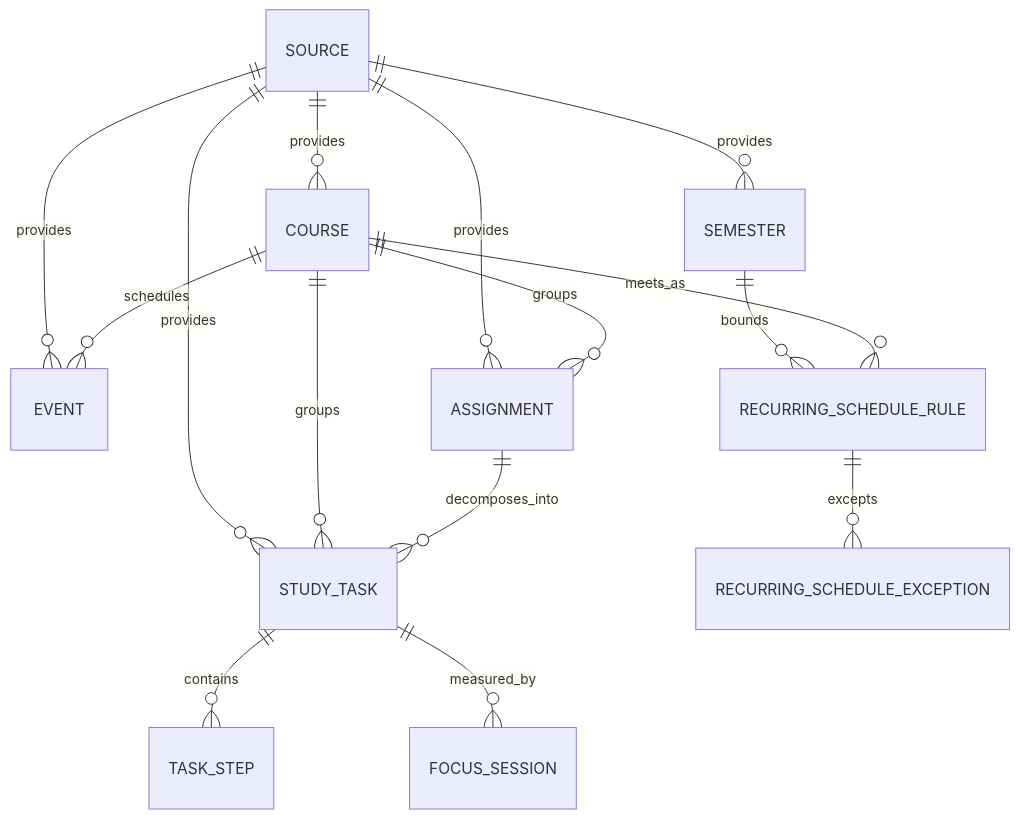
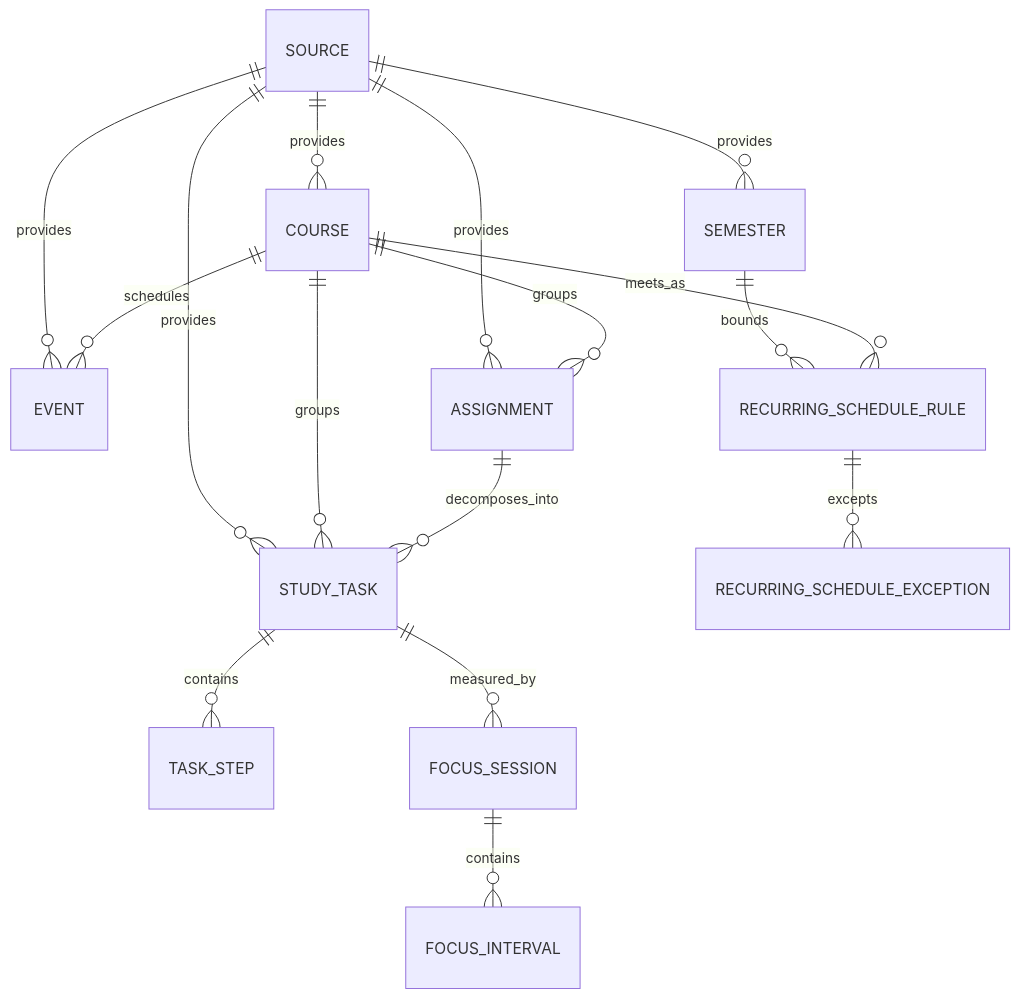
One commit to wowuwewn/study-os changed the diagram in docs/data-model.md. Above: the diagram before and after it, drawn with Mermaid. The commit also changed other lines of this file and 40 other files, not shown here.

````diff
--- a/docs/data-model.md
+++ b/docs/data-model.md
@@ -18,17 +19,18 @@
 ```mermaid
 erDiagram
   SOURCE ||--o{ COURSE : provides
   SOURCE ||--o{ EVENT : provides
   SOURCE ||--o{ ASSIGNMENT : provides
   SOURCE ||--o{ STUDY_TASK : provides
   SOURCE ||--o{ SEMESTER : provides
   COURSE ||--o{ EVENT : schedules
   SEMESTER ||--o{ RECURRING_SCHEDULE_RULE : bounds
   COURSE ||--o{ RECURRING_SCHEDULE_RULE : meets_as
   RECURRING_SCHEDULE_RULE ||--o{ RECURRING_SCHEDULE_EXCEPTION : excepts
   COURSE ||--o{ ASSIGNMENT : groups
   COURSE ||--o{ STUDY_TASK : groups
   ASSIGNMENT ||--o{ STUDY_TASK : decomposes_into
   STUDY_TASK ||--o{ TASK_STEP : contains
   STUDY_TASK ||--o{ FOCUS_SESSION : measured_by
+  FOCUS_SESSION ||--o{ FOCUS_INTERVAL : contains
 ```
````
